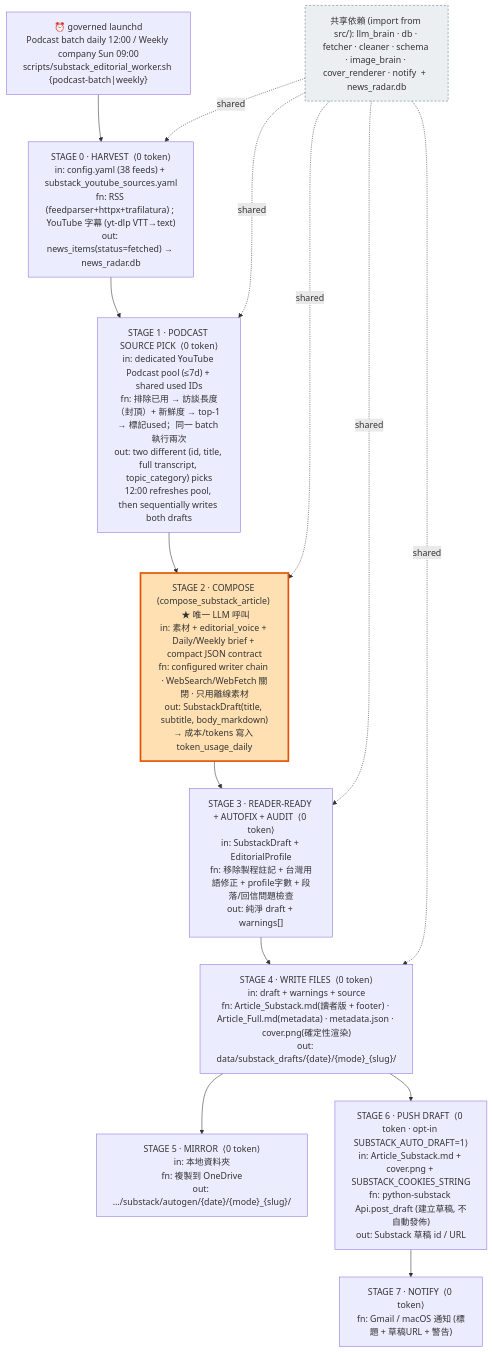
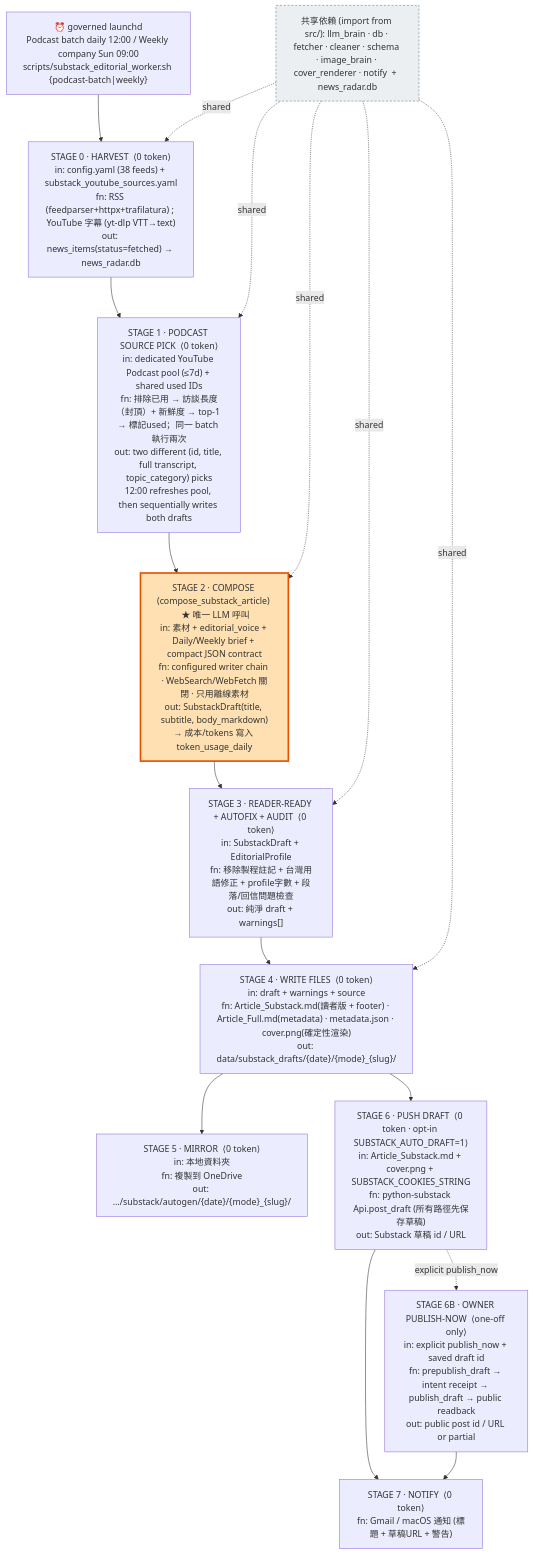
One commit to HsinTiger/news-radar changed the diagram in substack_radar/docs/PIPELINE_DIAGRAM.md. Above: the diagram before and after it, drawn with Mermaid. The commit also changed other lines of this file and 27 other files, not shown here.

Commit message:
feat: add explicit Substack publish-now

````diff
--- a/substack_radar/docs/PIPELINE_DIAGRAM.md
+++ b/substack_radar/docs/PIPELINE_DIAGRAM.md
@@ -11,38 +11,41 @@
 ```mermaid
 flowchart TD
     T["⏰ governed launchd<br/>Podcast batch daily 12:00 / Weekly company Sun 09:00<br/>scripts/substack_editorial_worker.sh {podcast-batch|weekly}"]
     T --> S0
 
     S0["STAGE 0 · HARVEST  ⟨0 token⟩<br/>in: config.yaml (38 feeds) + substack_youtube_sources.yaml<br/>fn: RSS (feedparser+httpx+trafilatura) ; YouTube 字幕 (yt-dlp VTT→text)<br/>out: news_items(status=fetched) → news_radar.db"]
     S0 --> S1
 
     S1["STAGE 1 · PODCAST SOURCE PICK  ⟨0 token⟩<br/>in: dedicated YouTube Podcast pool (≤7d) + shared used IDs<br/>fn: 排除已用 → 訪談長度（封頂）+ 新鮮度 → top-1 → 標記used；同一 batch 執行兩次<br/>out: two different (id, title, full transcript, topic_category) picks<br/>12:00 refreshes pool, then sequentially writes both drafts"]
     S1 --> S2
 
     S2["STAGE 2 · COMPOSE (compose_substack_article)  ★ 唯一 LLM 呼叫<br/>in: 素材 + editorial_voice + Daily/Weekly brief + compact JSON contract<br/>fn: configured writer chain · WebSearch/WebFetch 關閉 · 只用離線素材<br/>out: SubstackDraft(title, subtitle, body_markdown)<br/>→ 成本/tokens 寫入 token_usage_daily"]
     S2 --> S3
 
     S3["STAGE 3 · READER-READY + AUTOFIX + AUDIT  ⟨0 token⟩<br/>in: SubstackDraft + EditorialProfile<br/>fn: 移除製程註記 + 台灣用語修正 + profile字數 + 段落/回信問題檢查<br/>out: 純淨 draft + warnings[]"]
     S3 --> S4
 
     S4["STAGE 4 · WRITE FILES  ⟨0 token⟩<br/>in: draft + warnings + source<br/>fn: Article_Substack.md(讀者版 + footer) · Article_Full.md(metadata) · metadata.json · cover.png(確定性渲染)<br/>out: data/substack_drafts/{date}/{mode}_{slug}/"]
     S4 --> S5
     S4 --> S6
 
     S5["STAGE 5 · MIRROR  ⟨0 token⟩<br/>in: 本地資料夾<br/>fn: 複製到 OneDrive<br/>out: …/substack/autogen/{date}/{mode}_{slug}/"]
 
-    S6["STAGE 6 · PUSH DRAFT  ⟨0 token · opt-in SUBSTACK_AUTO_DRAFT=1⟩<br/>in: Article_Substack.md + cover.png + SUBSTACK_COOKIES_STRING<br/>fn: python-substack Api.post_draft (建立草稿, 不自動發佈)<br/>out: Substack 草稿 id / URL"]
+    S6["STAGE 6 · PUSH DRAFT  ⟨0 token · opt-in SUBSTACK_AUTO_DRAFT=1⟩<br/>in: Article_Substack.md + cover.png + SUBSTACK_COOKIES_STRING<br/>fn: python-substack Api.post_draft (所有路徑先保存草稿)<br/>out: Substack 草稿 id / URL"]
+    S6B["STAGE 6B · OWNER PUBLISH-NOW  ⟨one-off only⟩<br/>in: explicit publish_now + saved draft id<br/>fn: prepublish_draft → intent receipt → publish_draft → public readback<br/>out: public post id / URL or partial"]
     S6 --> S7
+    S6 -. explicit publish_now .-> S6B
+    S6B --> S7
 
     S7["STAGE 7 · NOTIFY  ⟨0 token⟩<br/>fn: Gmail / macOS 通知 (標題 + 草稿URL + 警告)"]
 
     SH["共享依賴 (import from src/): llm_brain · db · fetcher · cleaner · schema · image_brain · cover_renderer · notify  +  news_radar.db"]
     SH -.shared.-> S0
     SH -.shared.-> S1
     SH -.shared.-> S2
     SH -.shared.-> S3
     SH -.shared.-> S4
 
     style S2 fill:#ffe0b2,stroke:#e65100,stroke-width:3px
     style SH fill:#eceff1,stroke:#607d8b,stroke-dasharray:4 3
 ```
````
